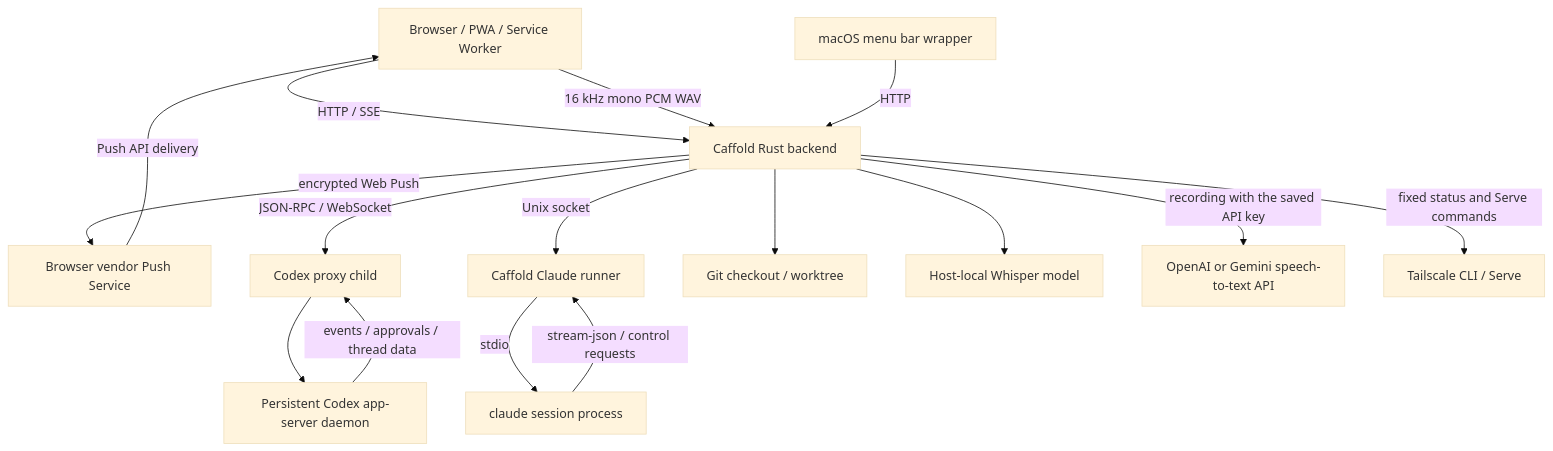
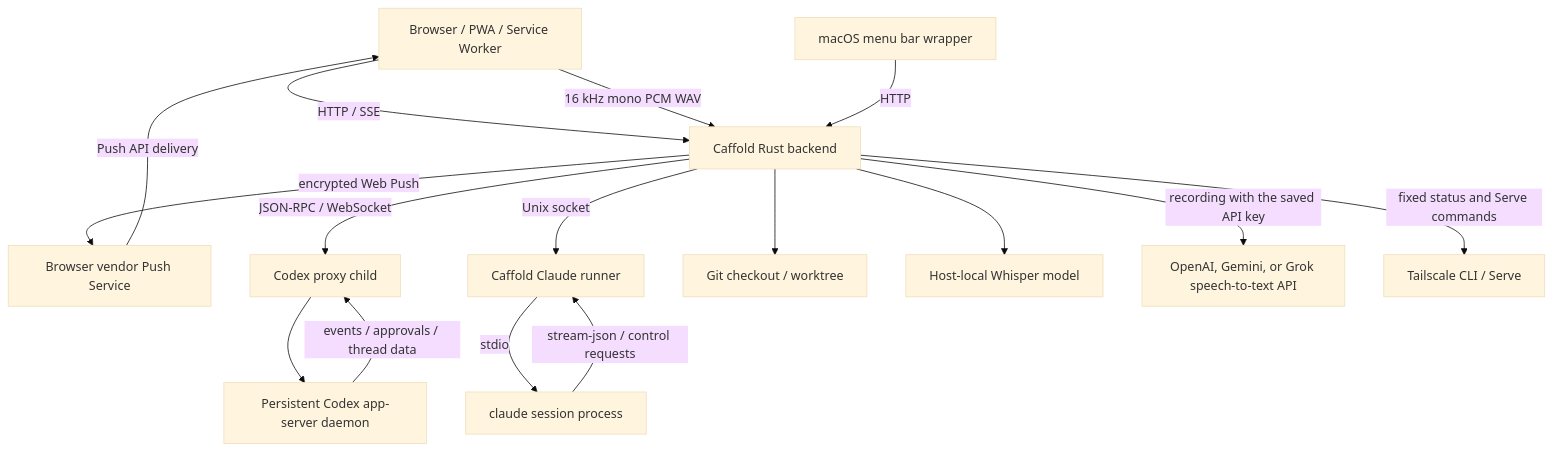
One commit to panarch/caffold changed the diagram in docs/architecture/overview.md. Above: the diagram before and after it, drawn with Mermaid (base theme). The commit also changed other lines of this file and 18 other files, not shown here.

````diff
--- a/docs/architecture/overview.md
+++ b/docs/architecture/overview.md
@@ -10,31 +10,31 @@
 ```mermaid
 flowchart TD
     PWA["Browser / PWA / Service Worker"]
     MacWrapper["macOS menu bar wrapper"]
     Backend["Caffold Rust backend"]
     PushService["Browser vendor Push Service"]
     Proxy["Codex proxy child"]
     AppServer["Persistent Codex app-server daemon"]
     Runner["Caffold Claude runner"]
     ClaudeSession["claude session process"]
     Git["Git checkout / worktree"]
     Whisper["Host-local Whisper model"]
-    SpeechApi["OpenAI or Gemini speech-to-text API"]
+    SpeechApi["OpenAI, Gemini, or Grok speech-to-text API"]
     Tailscale["Tailscale CLI / Serve"]
 
     PWA -->|"HTTP / SSE"| Backend
     PWA -->|"16 kHz mono PCM WAV"| Backend
     MacWrapper -->|"HTTP"| Backend
     Backend -->|"JSON-RPC / WebSocket"| Proxy
     Proxy --> AppServer
     Backend -->|"Unix socket"| Runner
     Runner -->|"stdio"| ClaudeSession
     Backend --> Git
     Backend --> Whisper
     Backend -->|"recording with the saved API key"| SpeechApi
     Backend -->|"fixed status and Serve commands"| Tailscale
     Backend -->|"encrypted Web Push"| PushService
     PushService -->|"Push API delivery"| PWA
     AppServer -->|"events / approvals / thread data"| Proxy
     ClaudeSession -->|"stream-json / control requests"| Runner
 ```
````
